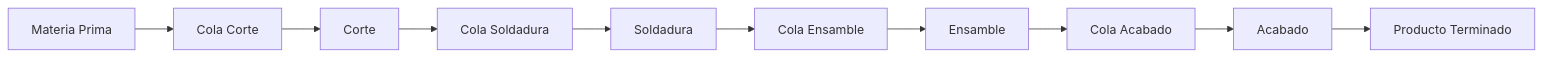
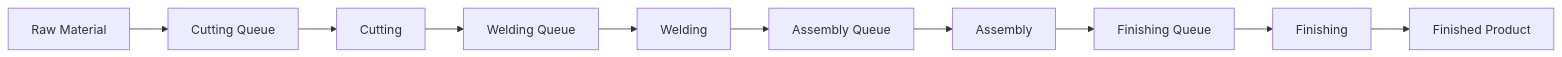
One commit to jtincovalverde/MetalMueble-MRP-II-FlexSim changed the diagram in README.md. Above: the diagram before and after it, drawn with Mermaid. The commit also changed other lines of this file, not shown here.

````diff
--- a/README.md
+++ b/README.md
@@ -13,12 +37,12 @@
 ```mermaid
 flowchart LR
-    A[Materia Prima] --> B[Cola Corte]
-    B --> C[Corte]
-    C --> D[Cola Soldadura]
-    D --> E[Soldadura]
-    E --> F[Cola Ensamble]
-    F --> G[Ensamble]
-    G --> H[Cola Acabado]
-    H --> I[Acabado]
-    I --> J[Producto Terminado]
+    A[Raw Material] --> B[Cutting Queue]
+    B --> C[Cutting]
+    C --> D[Welding Queue]
+    D --> E[Welding]
+    E --> F[Assembly Queue]
+    F --> G[Assembly]
+    G --> H[Finishing Queue]
+    H --> I[Finishing]
+    I --> J[Finished Product]
 ```
````
